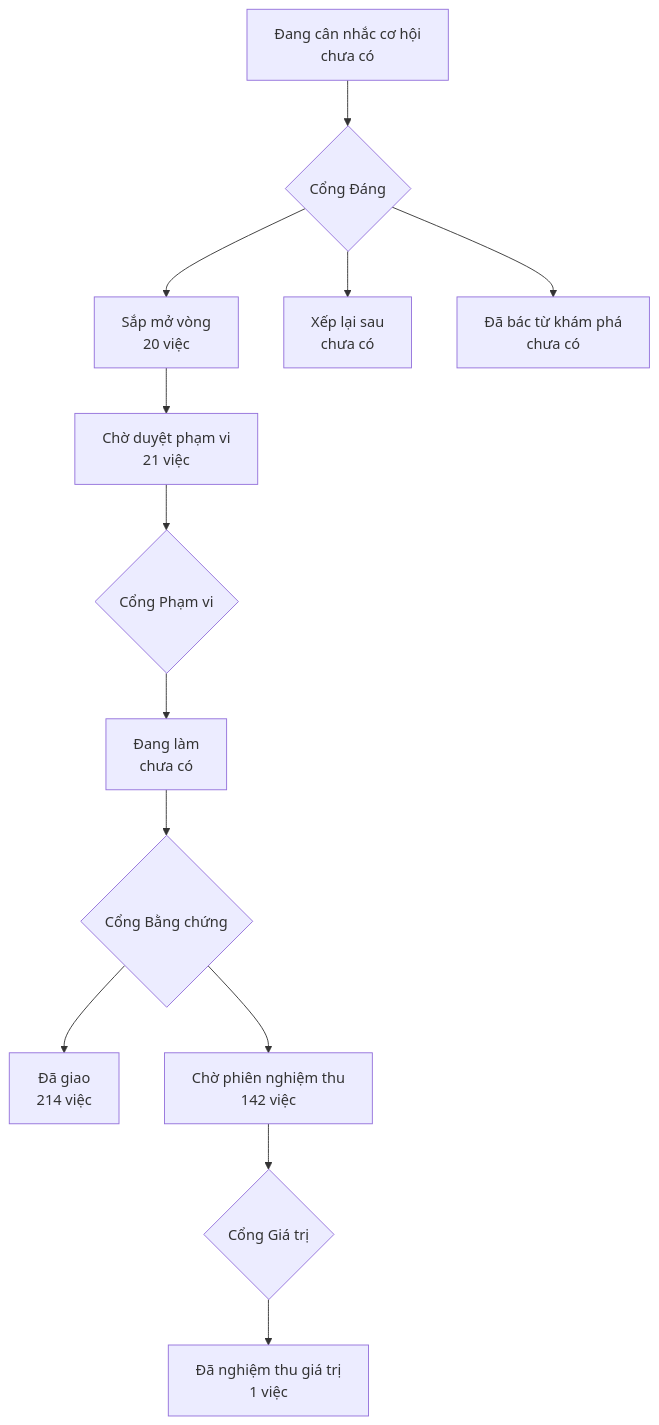
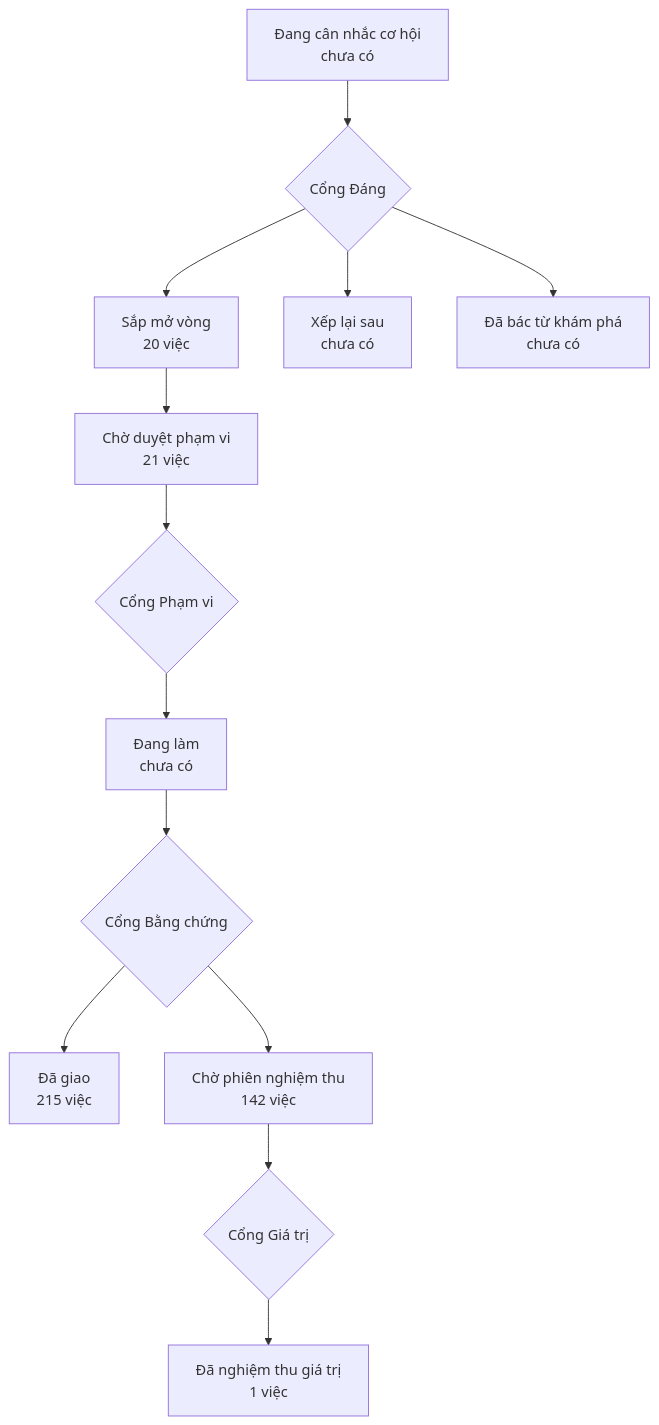
Before and after one commit to phanlemanh/onehub-invest: the diagram in PRODUCT-MAP.md, drawn with Mermaid. The commit also changed other lines of this file and 1 other file, not shown here.

Commit message:
chore: vẽ lại bản đồ sản phẩm sau khi nhận main e78ff0db9 (NK1)

````diff
--- a/PRODUCT-MAP.md
+++ b/PRODUCT-MAP.md
@@ -7,12 +7,12 @@
 ```mermaid
 flowchart TD
   A["Đang cân nhắc cơ hội<br/>chưa có"] --> GD{"Cổng Đáng"}
   GD --> B["Sắp mở vòng<br/>20 việc"]
   GD --> XL["Xếp lại sau<br/>chưa có"]
   GD --> DB["Đã bác từ khám phá<br/>chưa có"]
   B --> CD["Chờ duyệt phạm vi<br/>21 việc"] --> GP{"Cổng Phạm vi"}
   GP --> DL["Đang làm<br/>chưa có"] --> GB{"Cổng Bằng chứng"}
-  GB --> DG["Đã giao<br/>214 việc"]
+  GB --> DG["Đã giao<br/>215 việc"]
   GB --> CN["Chờ phiên nghiệm thu<br/>142 việc"] --> GG{"Cổng Giá trị"}
   GG --> NT["Đã nghiệm thu giá trị<br/>1 việc"]
 ```
````
